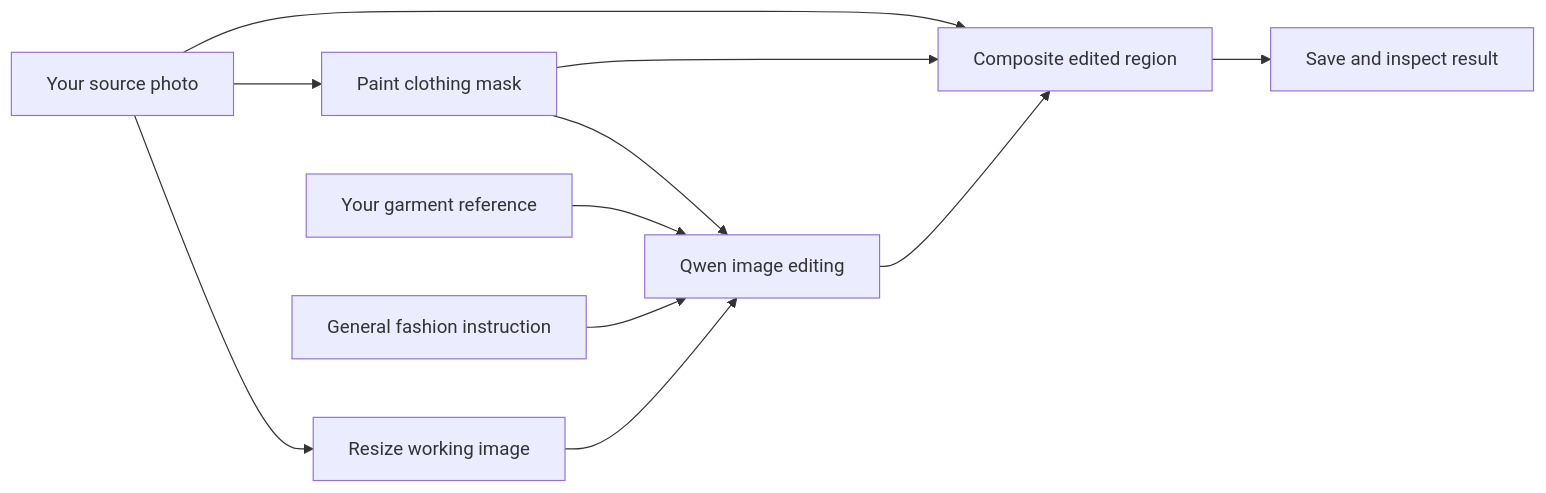
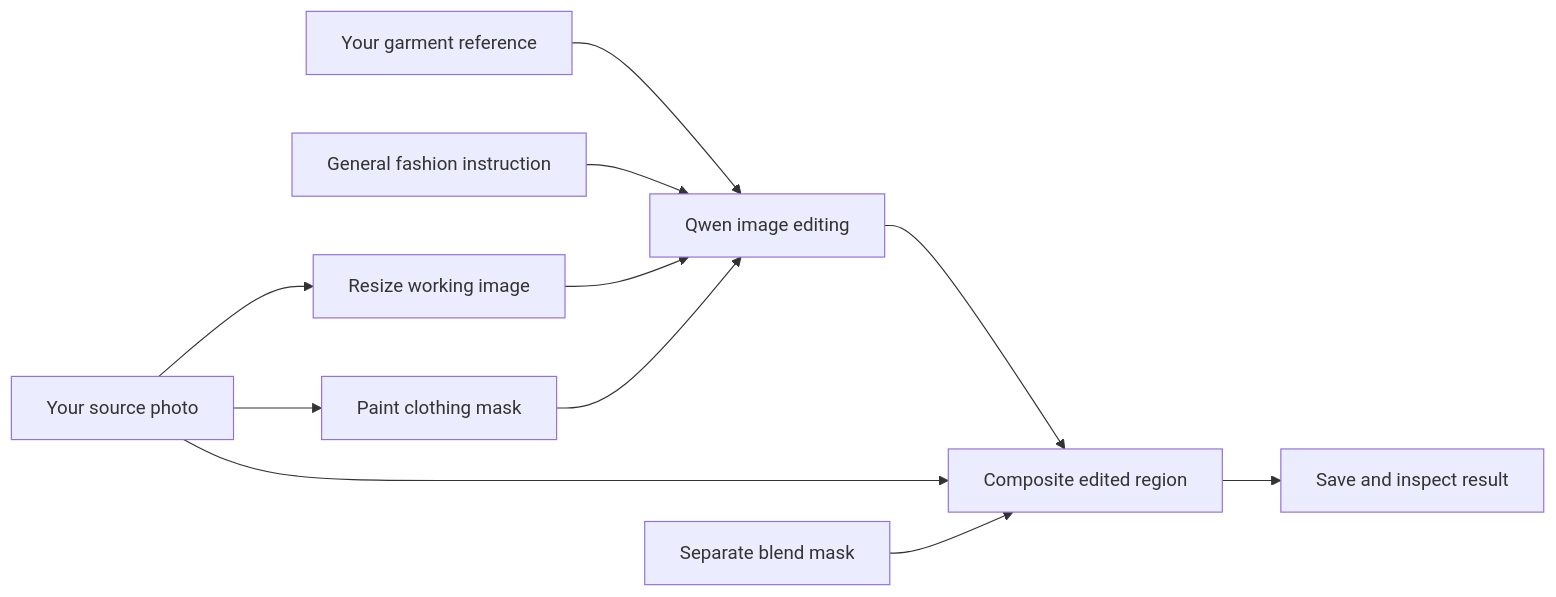
One commit to binaya-cmd/qwen-fashion-edit-workflow changed the diagram in docs/project-overview.md. Above: the diagram before and after it, drawn with Mermaid. The commit also changed other lines of this file and 5 other files, not shown here.

````diff
--- a/docs/project-overview.md
+++ b/docs/project-overview.md
@@ -13,13 +13,13 @@
 ```mermaid
 flowchart LR
   A[Your source photo] --> B[Resize working image]
   A --> M[Paint clothing mask]
   R[Your garment reference] --> Q[Qwen image editing]
   P[General fashion instruction] --> Q
   B --> Q
   M --> Q
   Q --> C[Composite edited region]
   A --> C
-  M --> C
+  BM[Separate blend mask] --> C
   C --> S[Save and inspect result]
 ```
````
